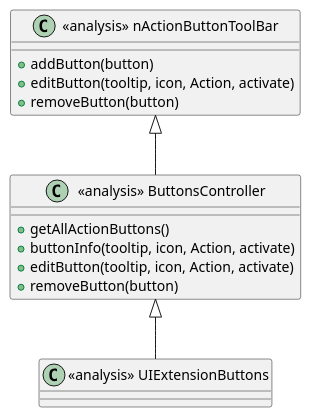
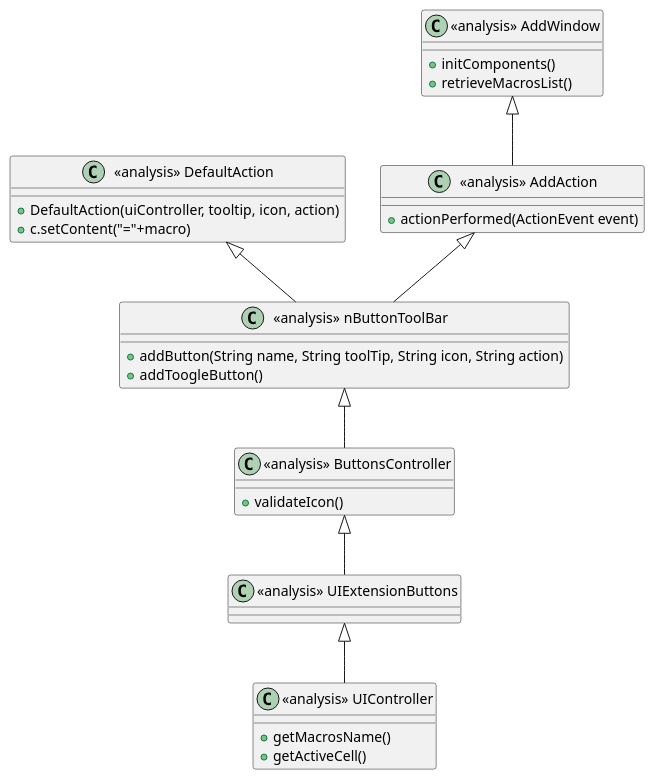
One commit to 1130348/Confusao changed the diagram in src/csheets/userstories/macros09_01/buttons_on_toolbar_i130371/macros_09_01_analysis_classes.puml. Above: the diagram before and after it, drawn with PlantUML. The commit also changed 8 other files, not shown here.

```diff
--- a/src/csheets/userstories/macros09_01/buttons_on_toolbar_i130371/macros_09_01_analysis_classes.puml
+++ b/src/csheets/userstories/macros09_01/buttons_on_toolbar_i130371/macros_09_01_analysis_classes.puml
@@ -1,22 +1,41 @@
 @startuml doc-files/macros_09_01_analysis_classes.png
 
     class "<<analysis>> UIExtensionButtons" as UI{
     }
 
 	class "<<analysis>> ButtonsController" as ctrl{
-		+getAllActionButtons()
-		+buttonInfo(tooltip, icon, Action, activate)
-		+editButton(tooltip, icon, Action, activate)
-		+removeButton(button)
-}
+		+validateIcon()
+	}
 
-	class "<<analysis>> nActionButtonToolBar" as toolbar{
-		+addButton(button)
-		+editButton(tooltip, icon, Action, activate)
-		+removeButton(button)
-    }
+	class "<<analysis>> nButtonToolBar" as toolbar{
+	+addButton(String name, String toolTip, String icon, String action)
+	+addToogleButton()
+	}
 
+	class "<<analysis>> UIController" as uicontroller{
+		+getMacrosName()
+		+getActiveCell()
+	}
+
+	class "<<analysis>> AddWindow" as window{
+		+initComponents()
+		+retrieveMacrosList()
+	  }
+
+	class "<<analysis>> DefaultAction" as action{
+		+DefaultAction(uiController, tooltip, icon, action)
+		+c.setContent("="+macro)
+	  }
+
+	class "<<analysis>> AddAction" as aaction{
+		+actionPerformed(ActionEvent event)
+	  }
+
+	UI <|-- uicontroller
 	ctrl <|-- UI
 	toolbar <|-- ctrl
+	action <|-- toolbar
+	aaction <|-- toolbar
+	window <|-- aaction
 
 @enduml
```
